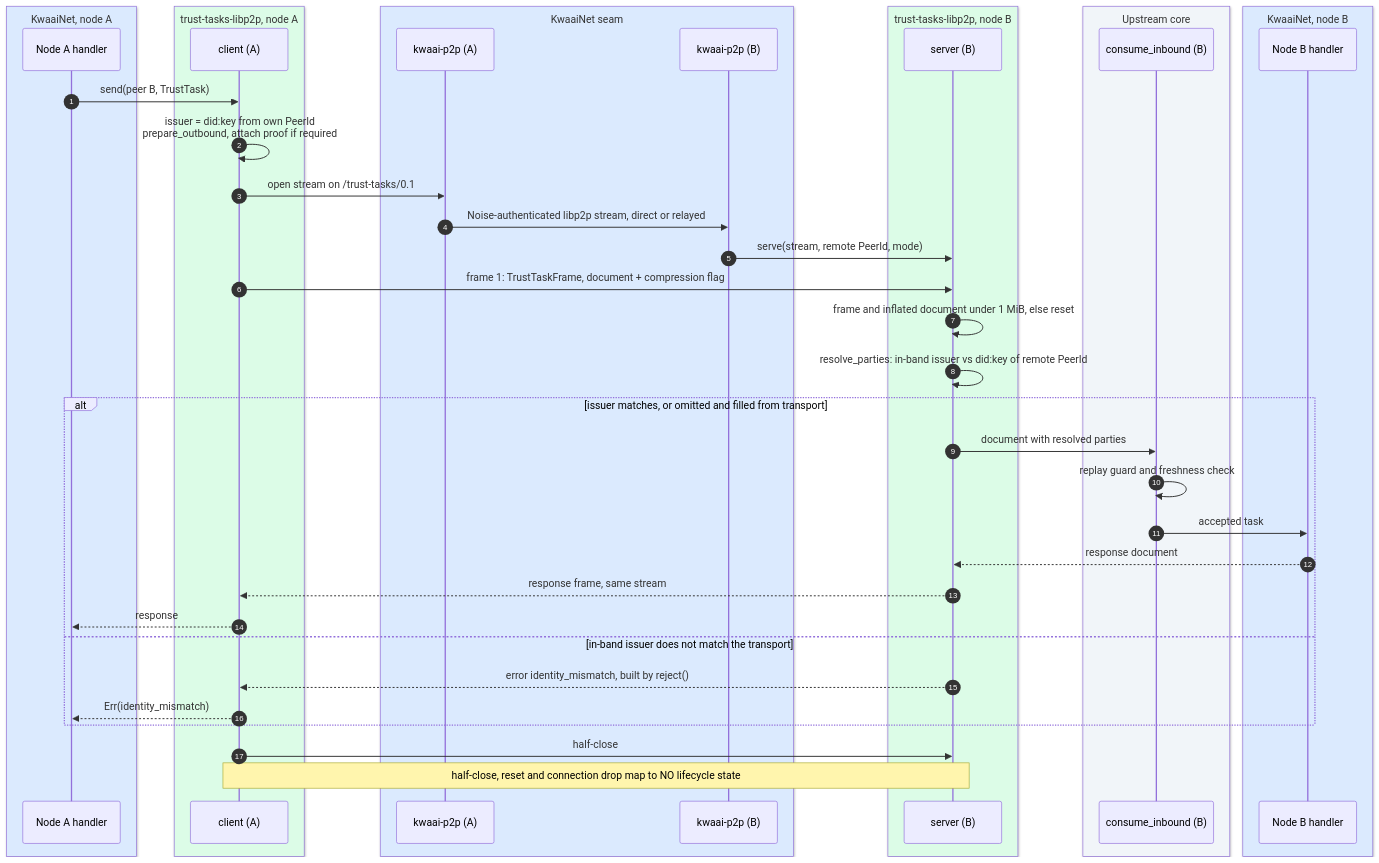
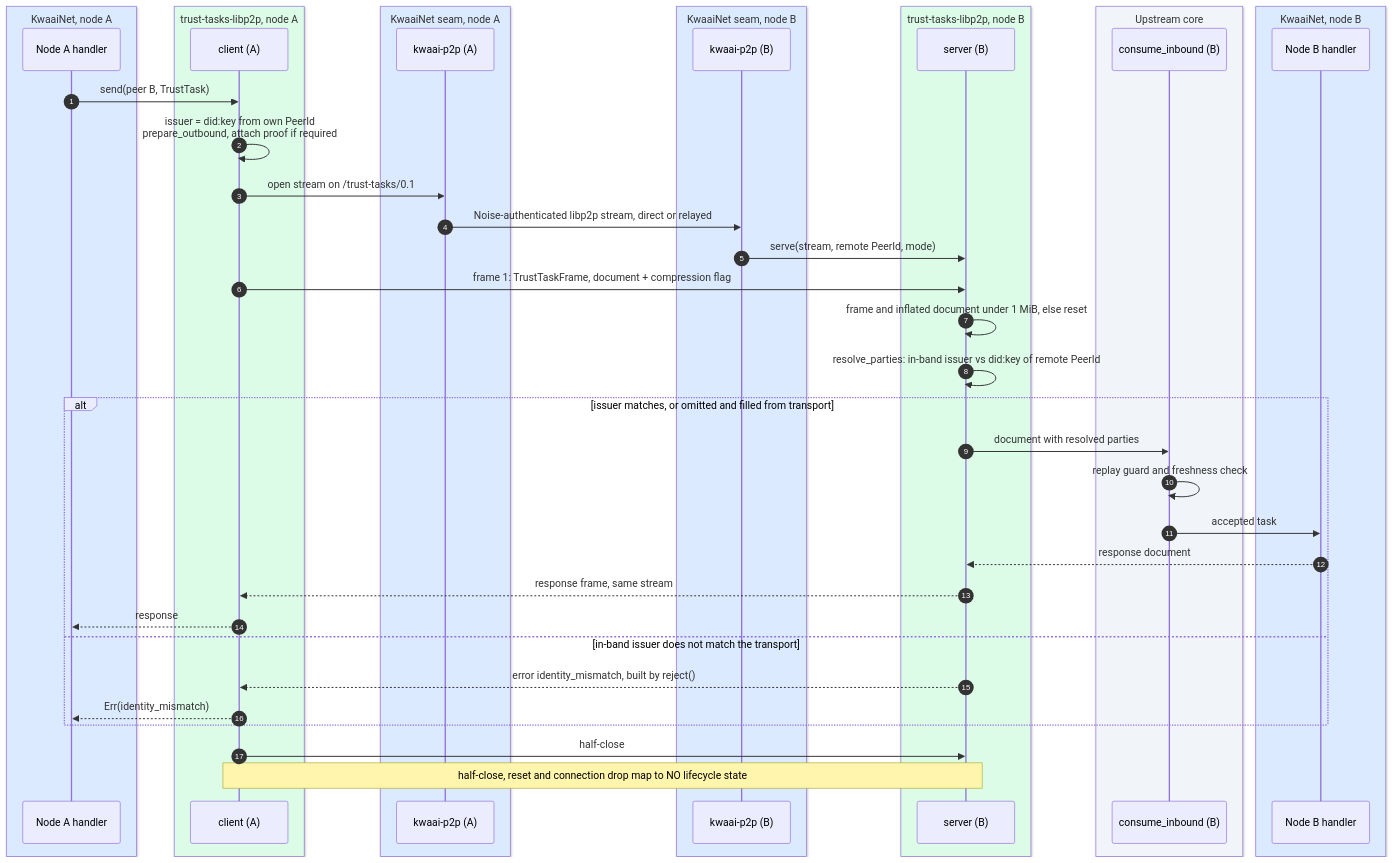
The third of 6 diagrams in projects/kwaai-trust/design/DTGWG-TrustStack-diagrams.md (Kwaai-AI-Lab/KwaaiNet), drawn with Mermaid before and after one commit. The commit also changed other lines of this file and 2 other files, not shown here.

First line of the commit message:
docs(trust): draw each node's KwaaiNet seam as its own component (#253)

````diff
--- a/projects/kwaai-trust/design/DTGWG-TrustStack-diagrams.md
+++ b/projects/kwaai-trust/design/DTGWG-TrustStack-diagrams.md
@@ -206,45 +206,47 @@
 ```mermaid
 sequenceDiagram
     autonumber
     box rgb(219,234,254) KwaaiNet, node A
     participant HA as Node A handler
     end
     box rgb(220,252,231) trust-tasks-libp2p, node A
     participant LA as client (A)
     end
-    box rgb(219,234,254) KwaaiNet seam
+    box rgb(219,234,254) KwaaiNet seam, node A
     participant PA as kwaai-p2p (A)
+    end
+    box rgb(219,234,254) KwaaiNet seam, node B
     participant PB as kwaai-p2p (B)
     end
     box rgb(220,252,231) trust-tasks-libp2p, node B
     participant LB as server (B)
     end
     box rgb(241,245,249) Upstream core
     participant CB as consume_inbound (B)
     end
     box rgb(219,234,254) KwaaiNet, node B
     participant HB as Node B handler
     end
 
     HA->>LA: send(peer B, TrustTask)
     LA->>LA: issuer = did:key from own PeerId<br/>prepare_outbound, attach proof if required
     LA->>PA: open stream on /trust-tasks/0.1
     PA->>PB: Noise-authenticated libp2p stream, direct or relayed
     PB->>LB: serve(stream, remote PeerId, mode)
     LA->>LB: frame 1: TrustTaskFrame, document + compression flag
     LB->>LB: frame and inflated document under 1 MiB, else reset
     LB->>LB: resolve_parties: in-band issuer vs did:key of remote PeerId
     alt issuer matches, or omitted and filled from transport
         LB->>CB: document with resolved parties
         CB->>CB: replay guard and freshness check
         CB->>HB: accepted task
         HB-->>LB: response document
         LB-->>LA: response frame, same stream
         LA-->>HA: response
     else in-band issuer does not match the transport
         LB-->>LA: error identity_mismatch, built by reject()
         LA-->>HA: Err(identity_mismatch)
     end
     LA->>LB: half-close
     Note over LA,LB: half-close, reset and connection drop map to NO lifecycle state
 ```
````
